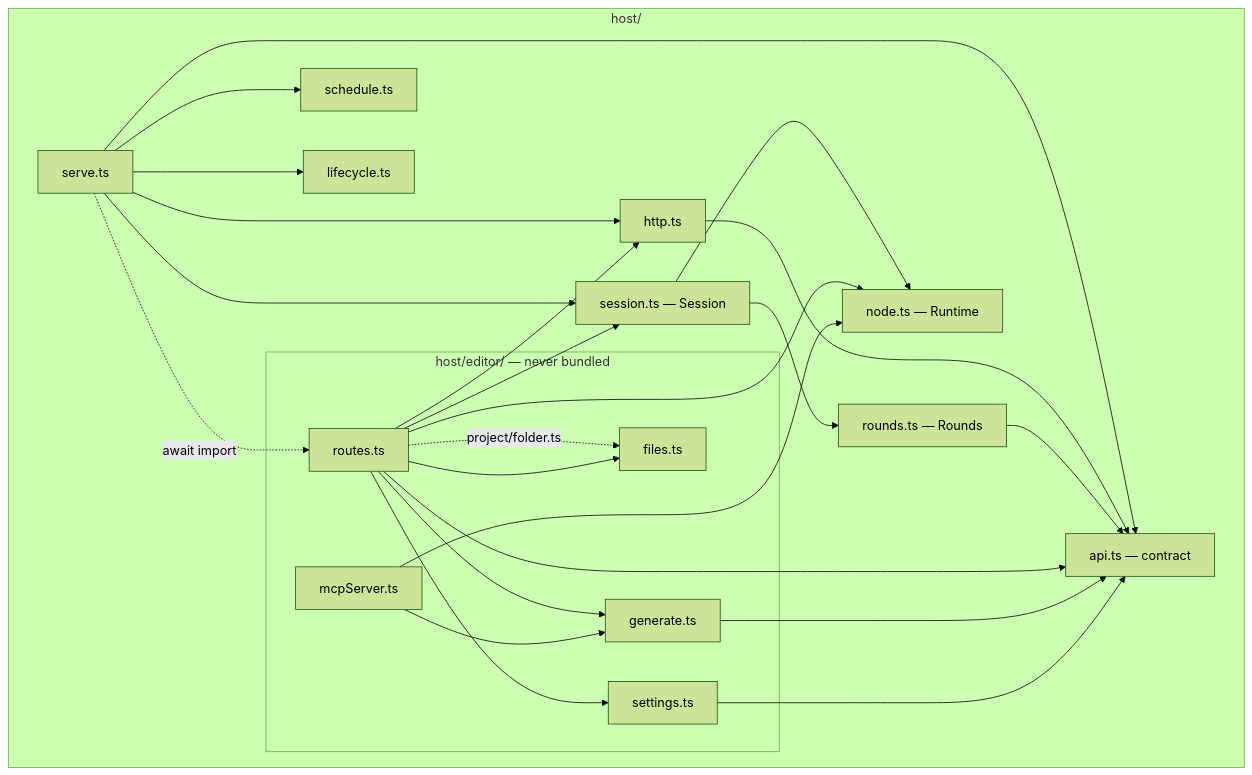
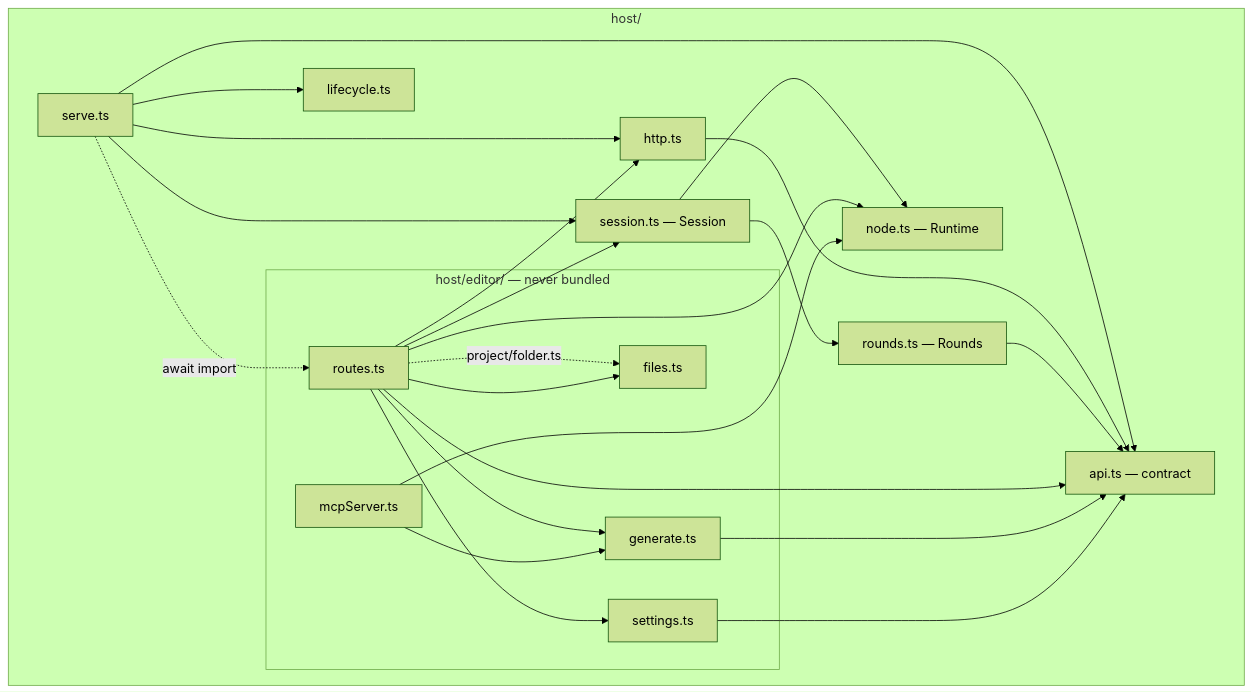
The seventh of 8 diagrams in arch/overview.md (Archimedes79/AI_Graph), drawn with Mermaid (forest theme) before and after one commit. The commit also changed other lines of this file and 60 other files, not shown here.

````diff
--- a/arch/overview.md
+++ b/arch/overview.md
@@ -413,43 +417,41 @@
 ```mermaid
 flowchart TD
   subgraph host["host/"]
     Api["api.ts — contract"]
     Http["http.ts"]
     Serve["serve.ts"]
     Session["session.ts — Session"]
     Rounds["rounds.ts — Rounds"]
-    Schedule["schedule.ts"]
     Lifecycle["lifecycle.ts"]
     Node["node.ts — Runtime"]
     subgraph editor["host/editor/ — never bundled"]
       Routes["routes.ts"]
       Generate["generate.ts"]
       Settings["settings.ts"]
       Files["files.ts"]
       Mcp["mcpServer.ts"]
     end
   end
 
   Serve --> Api
   Serve --> Http
   Serve --> Session
-  Serve --> Schedule
   Serve --> Lifecycle
   Serve -. "await import" .-> Routes
   Http --> Api
   Session --> Rounds
   Session --> Node
   Rounds --> Api
   Routes --> Session
   Routes --> Api
   Routes --> Http
   Routes --> Node
   Routes --> Generate
   Routes -. "project/folder.ts" .-> Files
   Routes --> Settings
   Routes --> Files
   Generate --> Api
   Settings --> Api
   Mcp --> Generate
   Mcp --> Node
 ```
````
